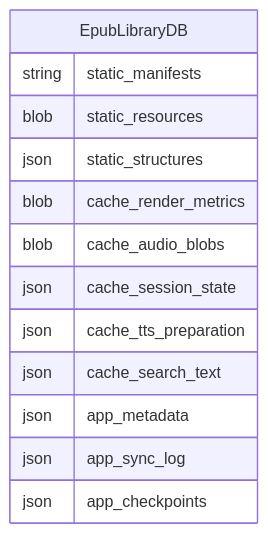
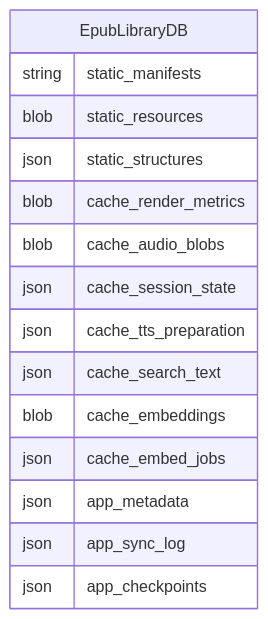
One commit to vrwarp/versicle changed the fourth of 10 diagrams in docs/comprehensive/81-directory-map.md. Above: the diagram before and after it, drawn with Mermaid. The commit also changed other lines of this file and 17 other files, not shown here.

````diff
--- a/docs/comprehensive/81-directory-map.md
+++ b/docs/comprehensive/81-directory-map.md
@@ -285,16 +300,18 @@
 ```mermaid
 erDiagram
     EpubLibraryDB {
         string static_manifests
         blob static_resources
         json static_structures
         blob cache_render_metrics
         blob cache_audio_blobs
         json cache_session_state
         json cache_tts_preparation
         json cache_search_text
+        blob cache_embeddings
+        json cache_embed_jobs
         json app_metadata
         json app_sync_log
         json app_checkpoints
     }
 ```
````
